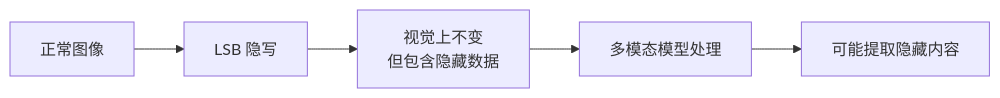
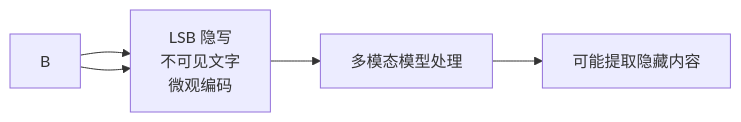
Before and after one commit to yeasy/ai_security_guide: the second of 3 diagrams in 05_jailbreak/5.3_multimodal_attacks.md, drawn with Mermaid. The commit also changed other lines of this file and 3 other files, not shown here.

````diff
--- a/05_jailbreak/5.3_multimodal_attacks.md
+++ b/05_jailbreak/5.3_multimodal_attacks.md
@@ -55,7 +61,7 @@
 ```mermaid
 flowchart LR
-    A["正常图像"] --> B["LSB 隐写"]
     B --> C["视觉上不变<br/>但包含隐藏数据"]
+    B --> C["LSB 隐写<br/>不可见文字<br/>微观编码"]
     C --> D["多模态模型处理"]
     D --> E["可能提取隐藏内容"]
 ```
````
